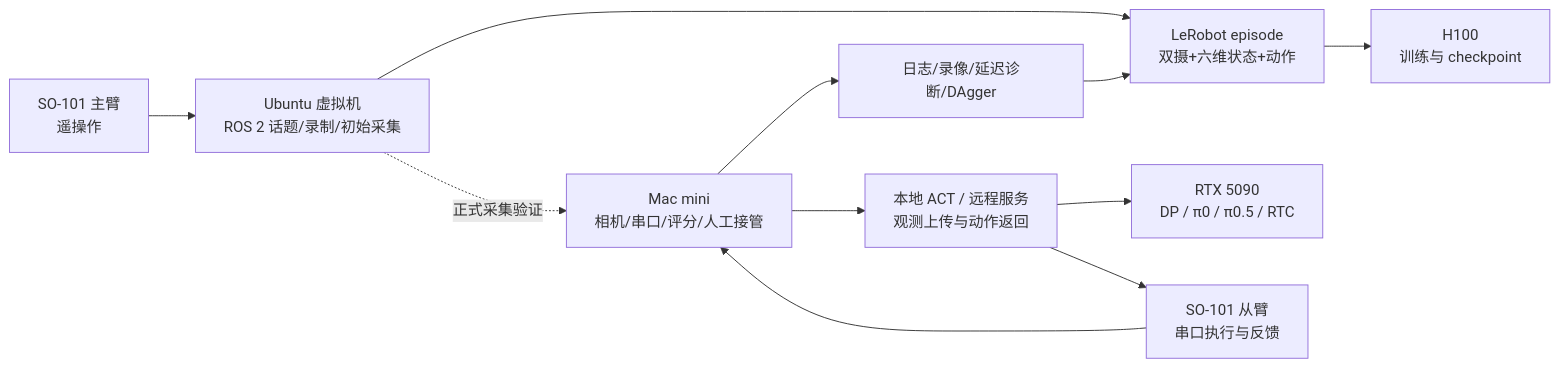
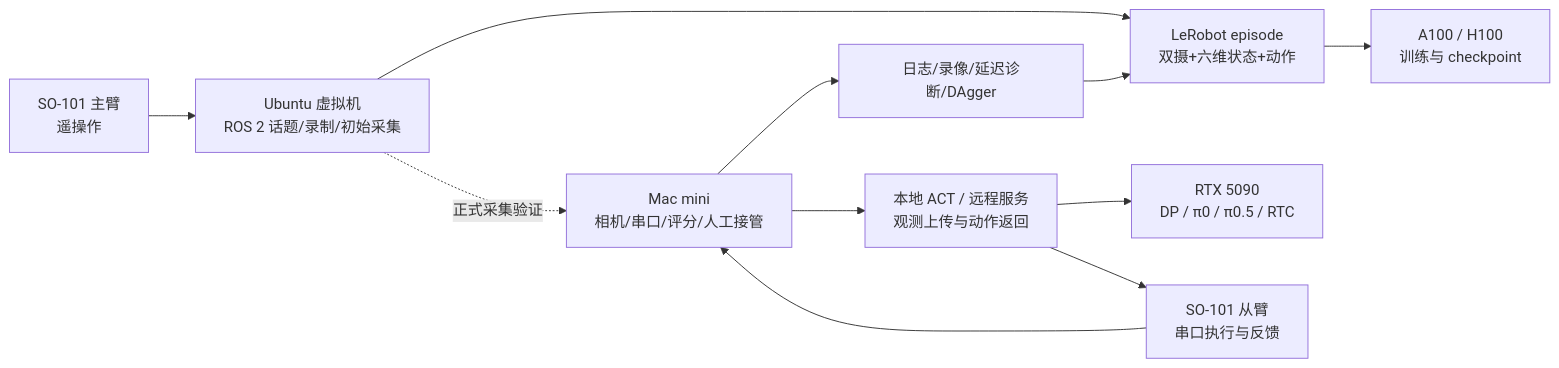
One commit to CC-HH-NN/so101-real-robot-dagger changed the diagram in README.md. Above: the diagram before and after it, drawn with Mermaid. The commit also changed other lines of this file and 1 other file, not shown here.

````diff
--- a/README.md
+++ b/README.md
@@ -78,13 +78,13 @@
 ```mermaid
 flowchart LR
     A[SO-101 主臂\n遥操作] --> R[Ubuntu 虚拟机\nROS 2 话题/录制/初始采集]
     R --> C[LeRobot episode\n双摄+六维状态+动作]
-    C --> D[H100\n训练与 checkpoint]
+    C --> D[A100 / H100\n训练与 checkpoint]
     M[Mac mini\n相机/串口/评分/人工接管] --> E[本地 ACT / 远程服务\n观测上传与动作返回]
     E --> F[RTX 5090\nDP / π0 / π0.5 / RTC]
     E --> G[SO-101 从臂\n串口执行与反馈]
     G --> M
     M --> H[日志/录像/延迟诊断/DAgger]
     H --> C
     R -.正式采集验证.-> M
 ```
````
